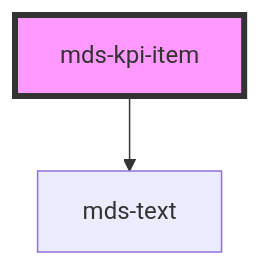
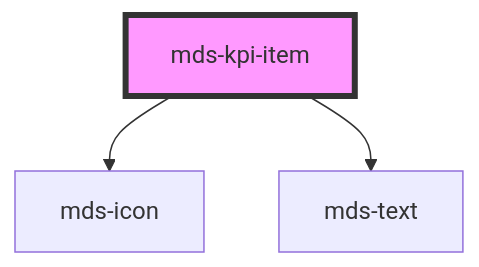
Before and after one commit to magma-design-system/magma: the diagram in projects/stencil/src/components/mds-kpi-item/readme.md, drawn with Mermaid. The commit also changed other lines of this file and 6 other files, not shown here.

Commit message:
feat(mds-kpi): add css custom properties and threshold distance to custom animation

````diff
--- a/projects/stencil/src/components/mds-kpi-item/readme.md
+++ b/projects/stencil/src/components/mds-kpi-item/readme.md
@@ -45,5 +51,6 @@
 ```mermaid
 graph TD;
+  mds-kpi-item --> mds-icon
   mds-kpi-item --> mds-text
   style mds-kpi-item fill:#f9f,stroke:#333,stroke-width:4px
 ```
````
